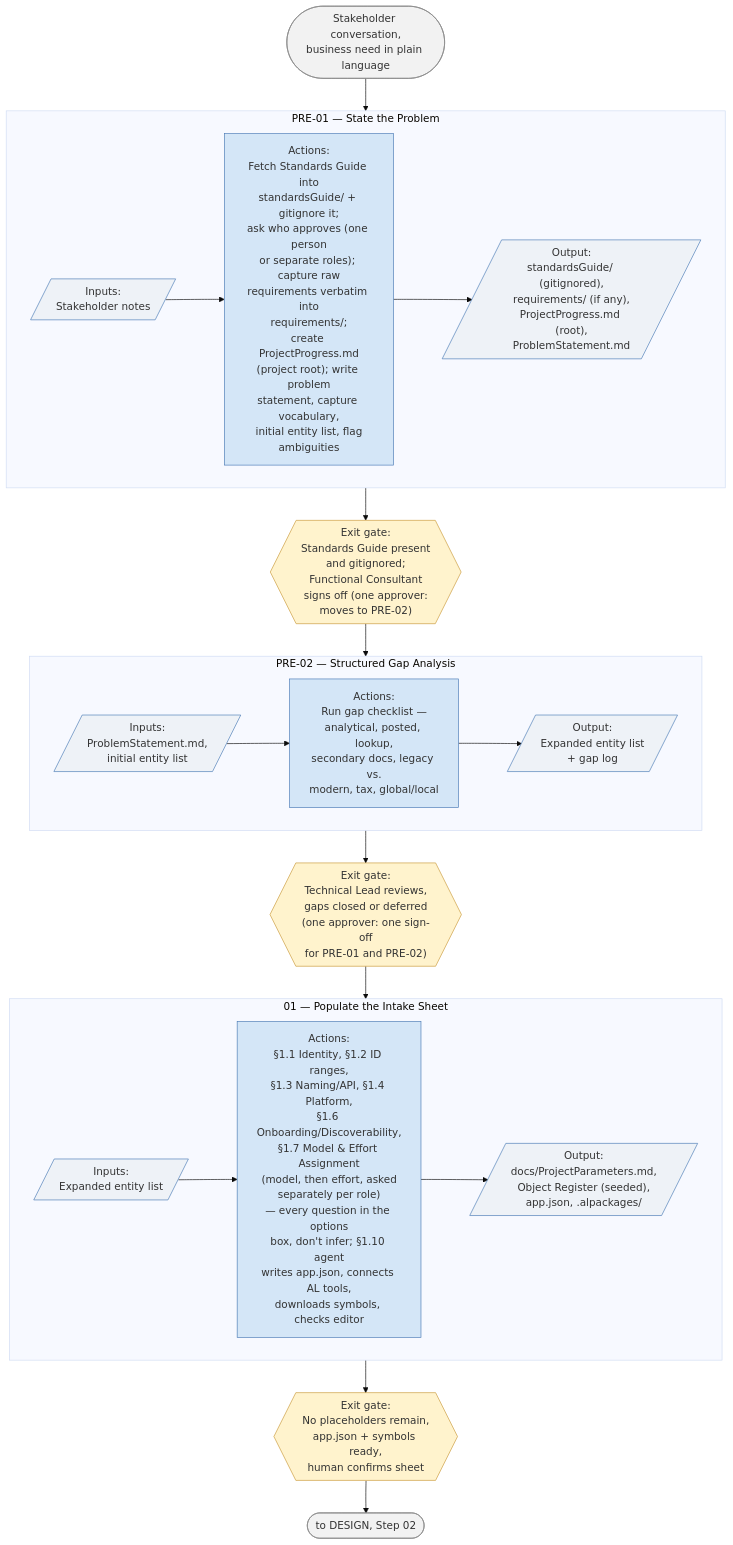
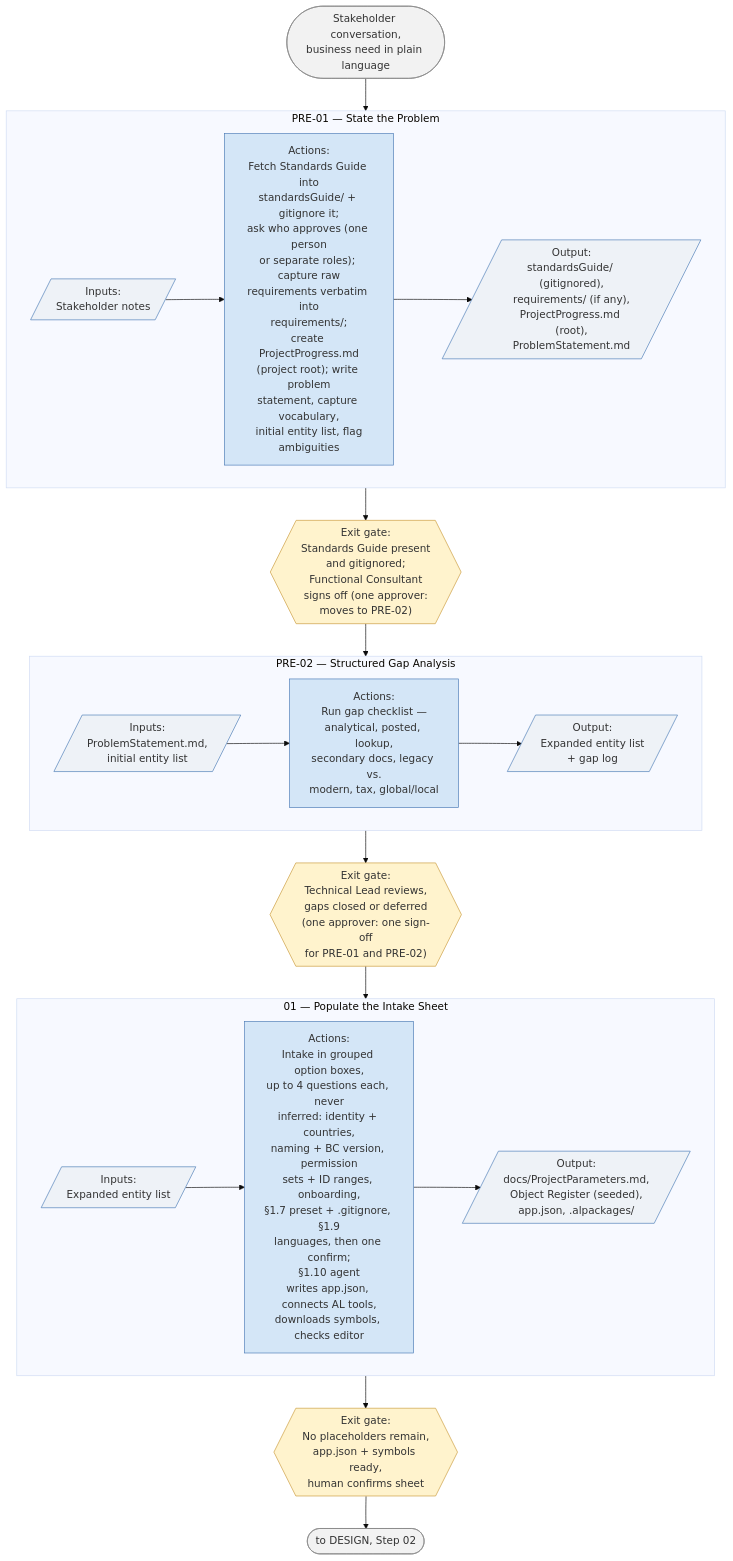
One commit to ajansari/ocpfBcAgenticDevFramework changed the third of 8 diagrams in fullVersion/RunbookSchematics.md. Above: the diagram before and after it, drawn with Mermaid (base theme). The commit also changed other lines of this file and 16 other files, not shown here.

First line of the commit message:
Runbooks v2.13.0.0 / Lite v1.10.0.0, Standards v1.6.0.0, ocpf-bc 1.5.0: grouped intake boxes, no Standards restatement

````diff
--- a/fullVersion/RunbookSchematics.md
+++ b/fullVersion/RunbookSchematics.md
@@ -126,35 +126,35 @@
 ```mermaid
 flowchart TD
     Start(["Stakeholder conversation,<br/>business need in plain language"]) --> PRE01
 
     subgraph PRE01["PRE-01 — State the Problem"]
         direction LR
         In1[/"Inputs:<br/>Stakeholder notes"/] --> Act1["Actions:<br/>Fetch Standards Guide into<br/>standardsGuide/ + gitignore it;<br/>ask who approves (one person<br/>or separate roles); capture raw<br/>requirements verbatim into<br/>requirements/;<br/>create ProjectProgress.md<br/>(project root); write problem<br/>statement, capture vocabulary,<br/>initial entity list, flag<br/>ambiguities"] --> Out1[/"Output:<br/>standardsGuide/ (gitignored),<br/>requirements/ (if any),<br/>ProjectProgress.md (root),<br/>ProblemStatement.md"/]
     end
     PRE01 --> Gate1{{"Exit gate:<br/>Standards Guide present<br/>and gitignored;<br/>Functional Consultant<br/>signs off (one approver:<br/>moves to PRE-02)"}}
 
     Gate1 --> PRE02
     subgraph PRE02["PRE-02 — Structured Gap Analysis"]
         direction LR
         In2[/"Inputs:<br/>ProblemStatement.md,<br/>initial entity list"/] --> Act2["Actions:<br/>Run gap checklist —<br/>analytical, posted, lookup,<br/>secondary docs, legacy vs.<br/>modern, tax, global/local"] --> Out2[/"Output:<br/>Expanded entity list<br/>+ gap log"/]
     end
     PRE02 --> Gate2{{"Exit gate:<br/>Technical Lead reviews,<br/>gaps closed or deferred<br/>(one approver: one sign-off<br/>for PRE-01 and PRE-02)"}}
 
     Gate2 --> S01
     subgraph S01["01 — Populate the Intake Sheet"]
         direction LR
-        In3[/"Inputs:<br/>Expanded entity list"/] --> Act3["Actions:<br/>§1.1 Identity, §1.2 ID ranges,<br/>§1.3 Naming/API, §1.4 Platform,<br/>§1.6 Onboarding/Discoverability,<br/>§1.7 Model & Effort Assignment<br/>(model, then effort, asked<br/>separately per role)<br/>— every question in the options<br/>box, don't infer; §1.10 agent<br/>writes app.json, connects AL tools,<br/>downloads symbols, checks editor"] --> Out3[/"Output:<br/>docs/ProjectParameters.md,<br/>Object Register (seeded),<br/>app.json, .alpackages/"/]
+        In3[/"Inputs:<br/>Expanded entity list"/] --> Act3["Actions:<br/>Intake in grouped option boxes,<br/>up to 4 questions each, never<br/>inferred: identity + countries,<br/>naming + BC version, permission<br/>sets + ID ranges, onboarding,<br/>§1.7 preset + .gitignore, §1.9<br/>languages, then one confirm;<br/>§1.10 agent<br/>writes app.json, connects AL tools,<br/>downloads symbols, checks editor"] --> Out3[/"Output:<br/>docs/ProjectParameters.md,<br/>Object Register (seeded),<br/>app.json, .alpackages/"/]
     end
     S01 --> Gate3{{"Exit gate:<br/>No placeholders remain,<br/>app.json + symbols ready,<br/>human confirms sheet"}}
 
     Gate3 --> Next(["to DESIGN, Step 02"])
 
     classDef io fill:#eef2f7,stroke:#4a7ab5,stroke-width:1px;
     classDef act fill:#d4e6f7,stroke:#4a7ab5,stroke-width:1px;
     classDef gate fill:#fff3cd,stroke:#c99a3a,stroke-width:1px;
     classDef endpoint fill:#f2f2f2,stroke:#888,stroke-width:1px;
     class In1,Out1,In2,Out2,In3,Out3 io;
     class Act1,Act2,Act3 act;
     class Gate1,Gate2,Gate3 gate;
     class Start,Next endpoint;
 ```
````
